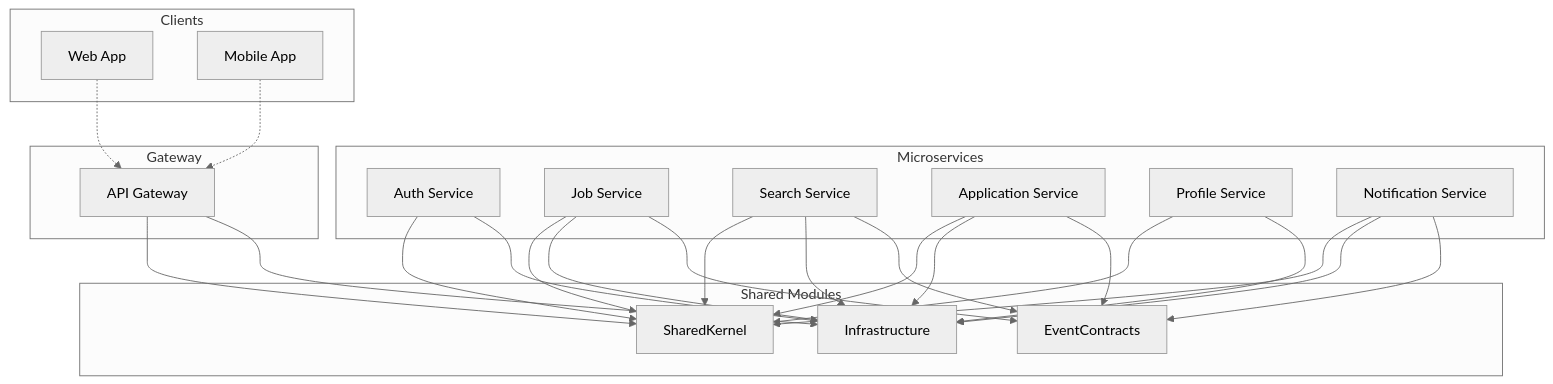
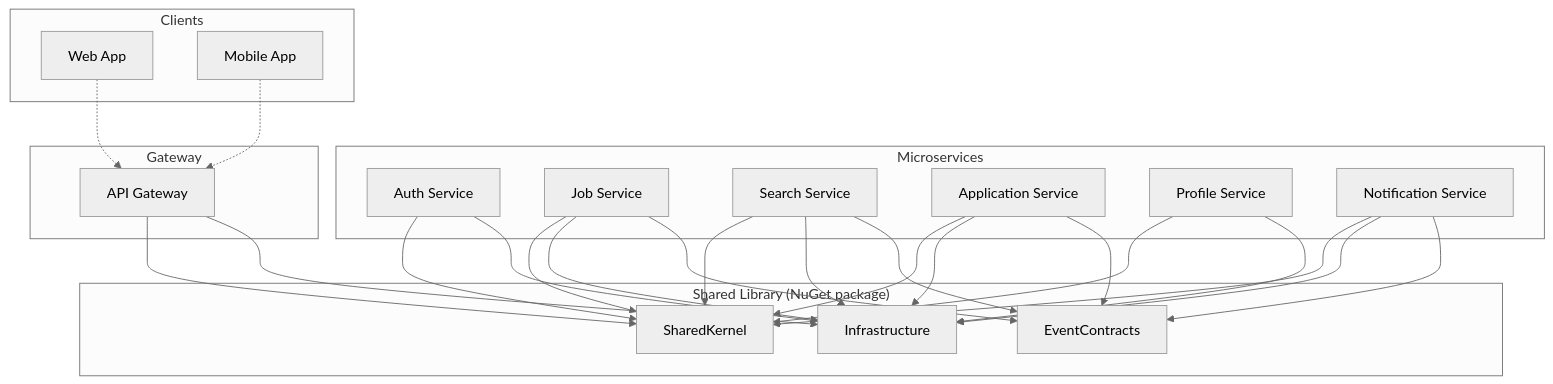
One commit to dut-pbl6-2026/job-platform-docs changed the ninth of 11 diagrams in docs/srs/en/8-system-architecture.md. Above: the diagram before and after it, drawn with Mermaid (neutral theme). The commit also changed other lines of this file and 11 other files, not shown here.

````diff
--- a/docs/srs/en/8-system-architecture.md
+++ b/docs/srs/en/8-system-architecture.md
@@ -512,54 +469,54 @@
 ```mermaid
 flowchart TB
-    subgraph Shared["Shared Modules"]
+    subgraph Shared["Shared Library (NuGet package)"]
         Kernel["SharedKernel"]
         Events["EventContracts"]
         Infra["Infrastructure"]
     end
 
     subgraph Services["Microservices"]
         Auth["Auth Service"]
         Job["Job Service"]
         Search["Search Service"]
         App["Application Service"]
         Profile["Profile Service"]
         Notif["Notification Service"]
     end
 
     subgraph Gateway["Gateway"]
         GW["API Gateway"]
     end
 
     subgraph Client["Clients"]
         Web["Web App"]
         Mobile["Mobile App"]
     end
 
     Auth --> Kernel
     Auth --> Infra
 
     Job --> Kernel
     Job --> Infra
     Job --> Events
 
     Search --> Kernel
     Search --> Infra
     Search --> Events
 
     App --> Kernel
     App --> Infra
     App --> Events
 
     Profile --> Kernel
     Profile --> Infra
 
     Notif --> Kernel
     Notif --> Infra
     Notif --> Events
 
     GW --> Kernel
     GW --> Infra
 
     Web -.-> GW
     Mobile -.-> GW
 ```
````
